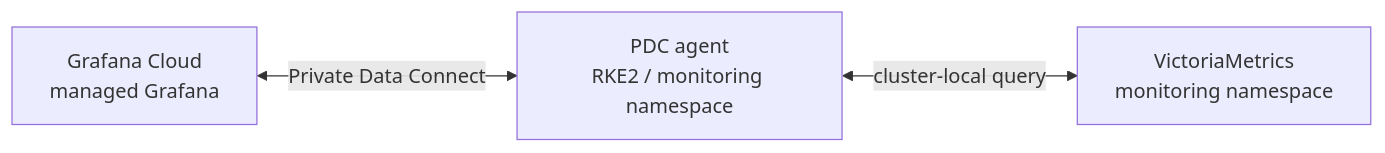
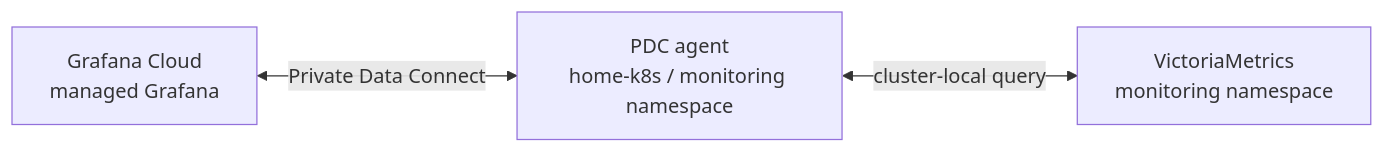
The diagram in k8s/pve/pdc-agent/README.md (miutaku/my-infra), drawn with Mermaid before and after one commit. The commit also changed other lines of this file and 33 other files, not shown here.

````diff
--- a/k8s/pve/pdc-agent/README.md
+++ b/k8s/pve/pdc-agent/README.md
@@ -13,9 +13,9 @@
 ```mermaid
 flowchart LR
   Grafana[Grafana Cloud<br/>managed Grafana]
-  PDC[PDC agent<br/>RKE2 / monitoring namespace]
+  PDC[PDC agent<br/>home-k8s / monitoring namespace]
   VM[VictoriaMetrics<br/>monitoring namespace]
 
   Grafana <-->|Private Data Connect| PDC
   PDC <-->|cluster-local query| VM
 ```
````
